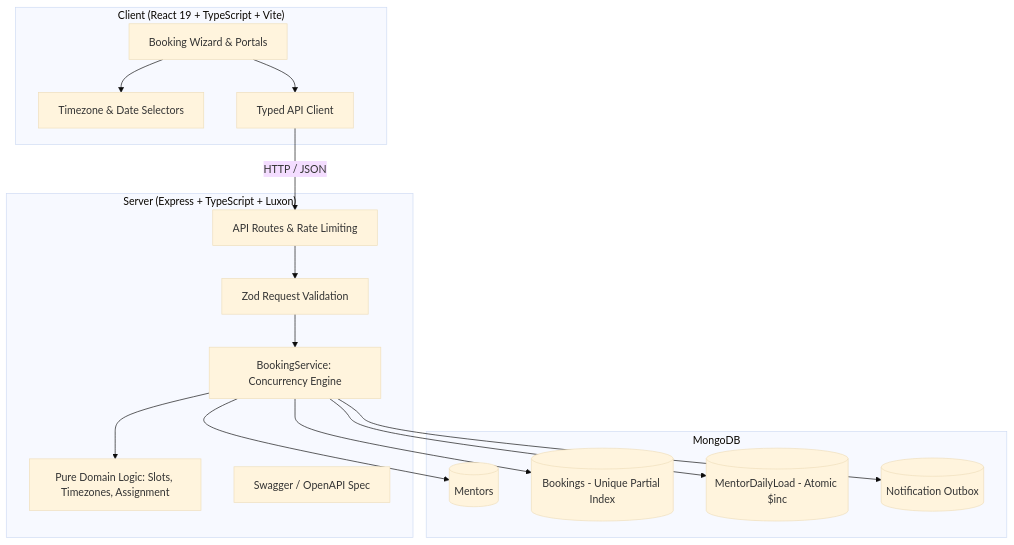
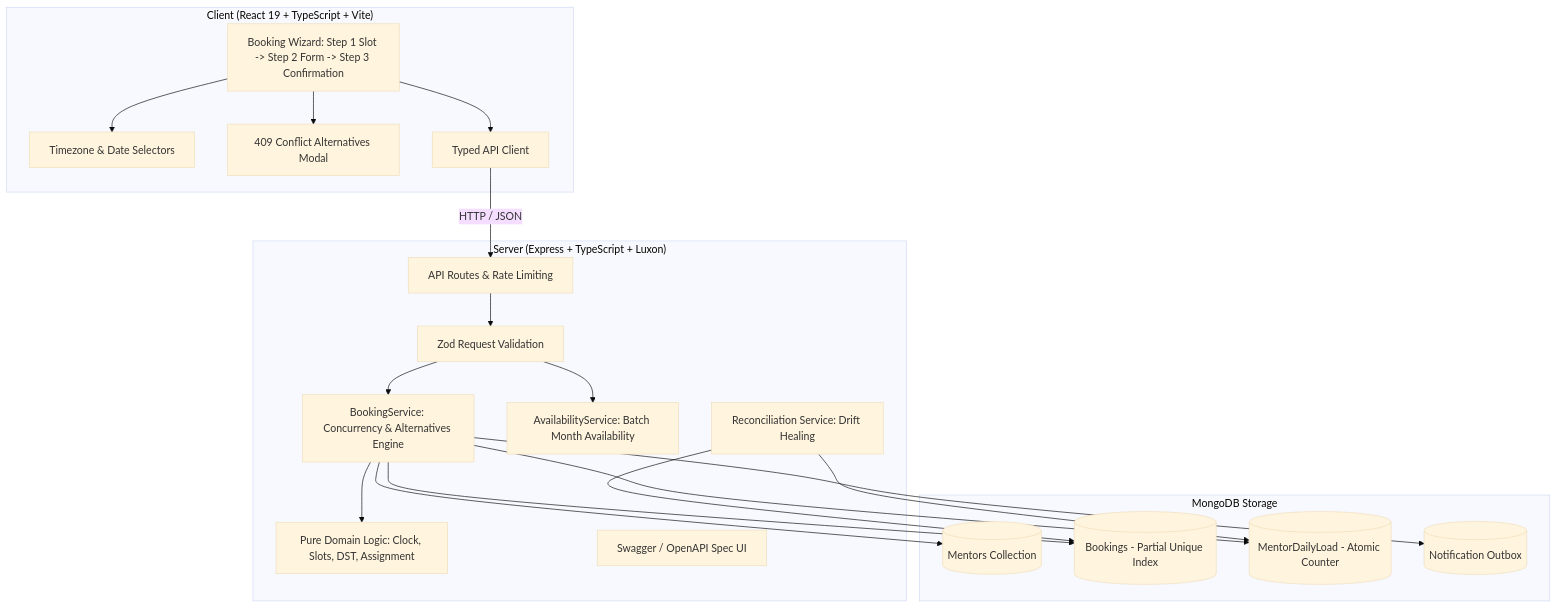
The diagram in README.md (abhishekgautam08/Codeyoung-Senior-Full-Stack-Engineer-Technical-Assignment), drawn with Mermaid (base theme) before and after one commit. The commit also changed other lines of this file, not shown here.

Commit message:
docs: complete comprehensive README with architecture, DST, concurrency, and research notes

````diff
--- a/README.md
+++ b/README.md
@@ -25,35 +35,42 @@
 ```mermaid
 graph TB
     subgraph Client ["Client (React 19 + TypeScript + Vite)"]
-        UI[Booking Wizard & Portals]
+        UI[Booking Wizard: Step 1 Slot -> Step 2 Form -> Step 3 Confirmation]
         Tz[Timezone & Date Selectors]
+        Conflict[409 Conflict Alternatives Modal]
         ClientAPI[Typed API Client]
         UI --> Tz
+        UI --> Conflict
         UI --> ClientAPI
     end
 
     subgraph Server ["Server (Express + TypeScript + Luxon)"]
         Routes[API Routes & Rate Limiting]
         Controllers[Zod Request Validation]
-        Domain[Pure Domain Logic: Slots, Timezones, Assignment]
-        BookingSvc[BookingService: Concurrency Engine]
-        Swagger[Swagger / OpenAPI Spec]
+        Domain[Pure Domain Logic: Clock, Slots, DST, Assignment]
+        BookingSvc[BookingService: Concurrency & Alternatives Engine]
+        AvailSvc[AvailabilityService: Batch Month Availability]
+        ReconSvc[Reconciliation Service: Drift Healing]
+        Swagger[Swagger / OpenAPI Spec UI]
         
         Routes --> Controllers
         Controllers --> BookingSvc
+        Controllers --> AvailSvc
         BookingSvc --> Domain
     end
 
-    subgraph Storage ["MongoDB"]
-        Mentors[(Mentors)]
-        Bookings[(Bookings - Unique Partial Index)]
-        DailyLoad[(MentorDailyLoad - Atomic $inc)]
+    subgraph Storage ["MongoDB Storage"]
+        Mentors[(Mentors Collection)]
+        Bookings[(Bookings - Partial Unique Index)]
+        DailyLoad[(MentorDailyLoad - Atomic Counter)]
         Outbox[(Notification Outbox)]
     end
 
     ClientAPI -->|HTTP / JSON| Routes
     BookingSvc --> Mentors
     BookingSvc --> Bookings
     BookingSvc --> DailyLoad
     BookingSvc --> Outbox
+    ReconSvc --> Bookings
+    ReconSvc --> DailyLoad
 ```
````
